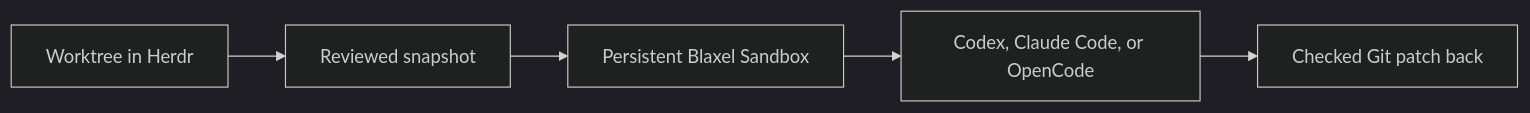
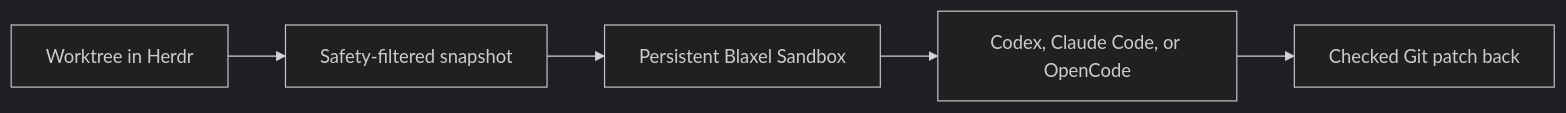
Before and after one commit to blaxel-ai/herdr-blaxel-sandbox-plugin: the diagram in README.md, drawn with Mermaid (dark theme). The commit also changed other lines of this file and 44 other files, not shown here.

````diff
--- a/README.md
+++ b/README.md
@@ -16,7 +16,7 @@
 ```mermaid
 flowchart LR
-    A["Worktree in Herdr"] --> B["Reviewed snapshot"]
+    A["Worktree in Herdr"] --> B["Safety-filtered snapshot"]
     B --> C["Persistent Blaxel Sandbox"]
     C --> D["Codex, Claude Code, or OpenCode"]
     D --> E["Checked Git patch back"]
 ```
````
